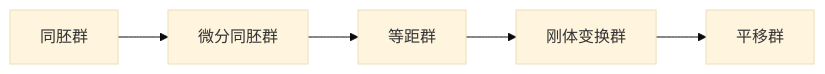
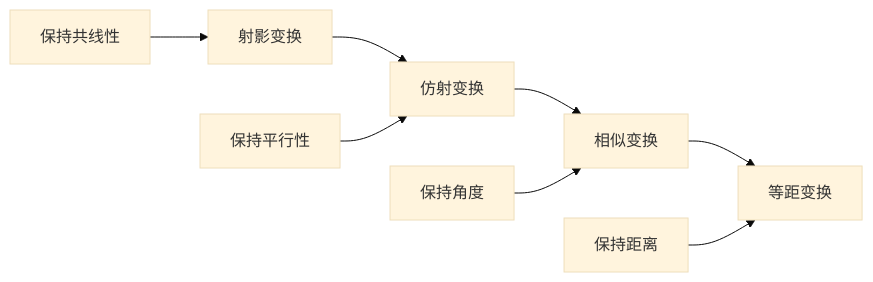
Before and after one commit to AdaMartin18010/Mathematics: the third of 3 diagrams in Math/Refactor/05-几何与空间结构/00-几何与空间结构总览.md, drawn with Mermaid (base theme). The commit also changed other lines of this file and 56 other files, not shown here.

````diff
--- a/Math/Refactor/05-几何与空间结构/00-几何与空间结构总览.md
+++ b/Math/Refactor/05-几何与空间结构/00-几何与空间结构总览.md
@@ -227,7 +472,11 @@
 ```mermaid
 graph LR
-    A[同胚群] --> B[微分同胚群]
-    B --> C[等距群]
-    C --> D[刚体变换群]
-    D --> E[平移群]
+    A[射影变换] --> B[仿射变换]
+    B --> C[相似变换]
+    C --> D[等距变换]
+    
+    A1[保持共线性] --> A
+    B1[保持平行性] --> B
+    C1[保持角度] --> C
+    D1[保持距离] --> D
 ```
````
